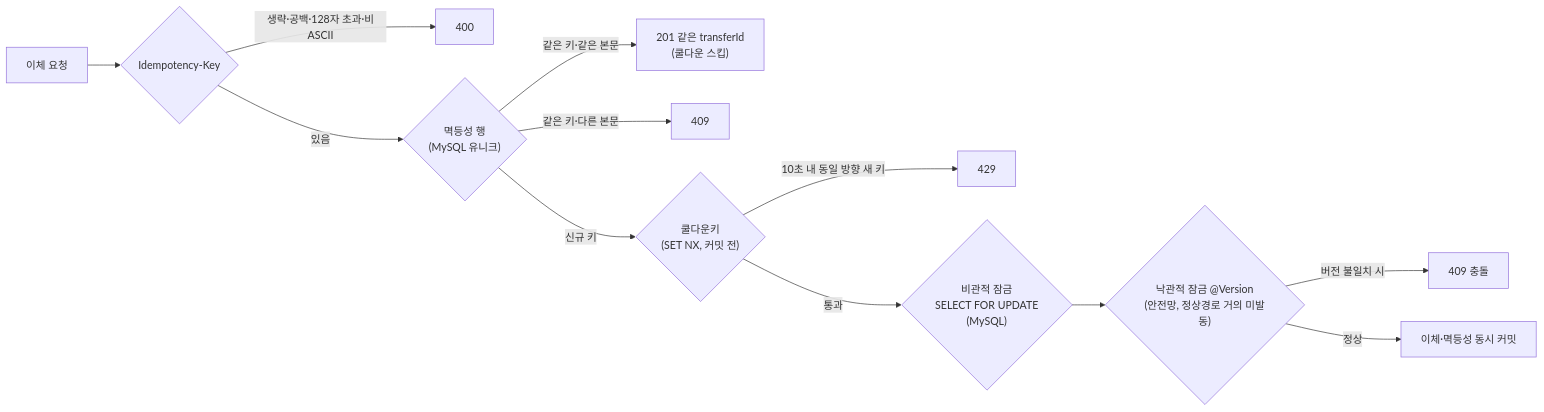
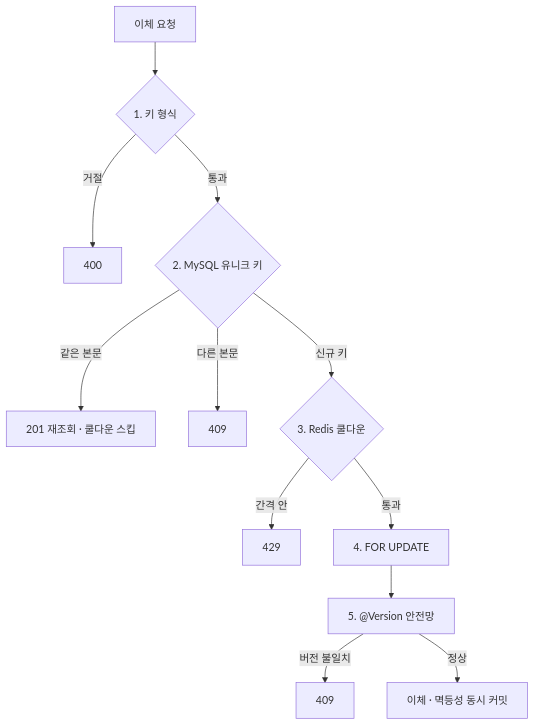
The second of 2 diagrams in README.md (Pray-T/BankTransferSys_Backend_Restful), drawn with Mermaid before and after one commit. The commit also changed other lines of this file and 1 other file, not shown here.

````diff
--- a/README.md
+++ b/README.md
@@ -358,14 +220,16 @@
 ```mermaid
-graph LR
-    REQ["이체 요청"] --> KEY{"Idempotency-Key"}
-    KEY -->|"생략·공백·128자 초과·비ASCII"| R0["400"]
-    KEY -->|"있음"| ID{"멱등성 행\n(MySQL 유니크)"}
-    ID -->|"같은 키·같은 본문"| R3["201 같은 transferId\n(쿨다운 스킵)"]
-    ID -->|"같은 키·다른 본문"| R5["409"]
-    ID -->|"신규 키"| CD{"쿨다운키\n(SET NX, 커밋 전)"}
-    CD -->|"10초 내 동일 방향 새 키"| R1["429"]
-    CD -->|"통과"| PL{"비관적 잠금\nSELECT FOR UPDATE\n(MySQL)"}
-    PL --> OL{"낙관적 잠금 @Version\n(안전망, 정상경로 거의 미발동)"}
-    OL -->|"버전 불일치 시"| R4["409 충돌"]
-    OL -->|"정상"| OK["이체·멱등성 동시 커밋"]
+flowchart TD
+    REQ["이체 요청"] --> L1{"1. 키 형식"}
+    L1 -->|"거절"| A400["400"]
+    L1 -->|"통과"| L2{"2. MySQL 유니크 키"}
+
+    L2 -->|"같은 본문"| A201["201 재조회 · 쿨다운 스킵"]
+    L2 -->|"다른 본문"| A409["409"]
+    L2 -->|"신규 키"| L3{"3. Redis 쿨다운"}
+
+    L3 -->|"간격 안"| A429["429"]
+    L3 -->|"통과"| L4["4. FOR UPDATE"]
+    L4 --> L5["5. @Version 안전망"]
+    L5 -->|"버전 불일치"| A409b["409"]
+    L5 -->|"정상"| OK["이체 · 멱등성 동시 커밋"]
 ```
````
